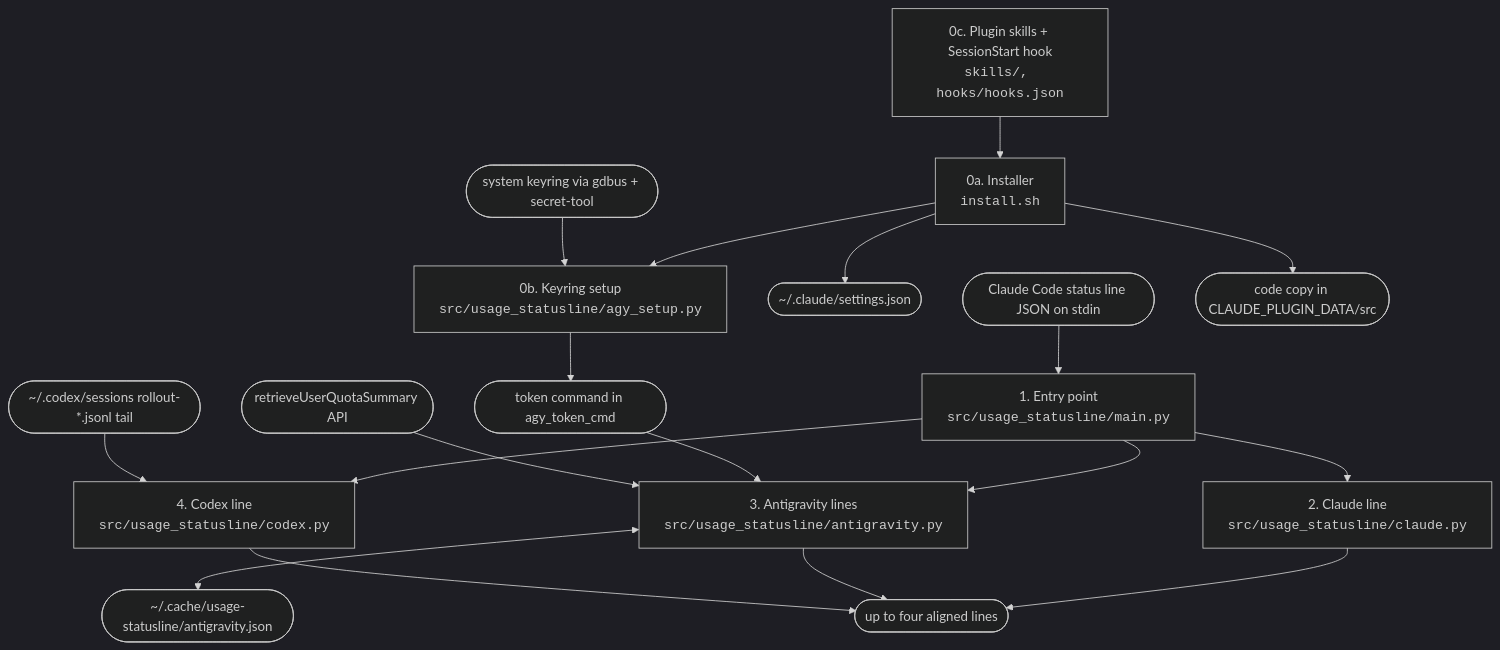
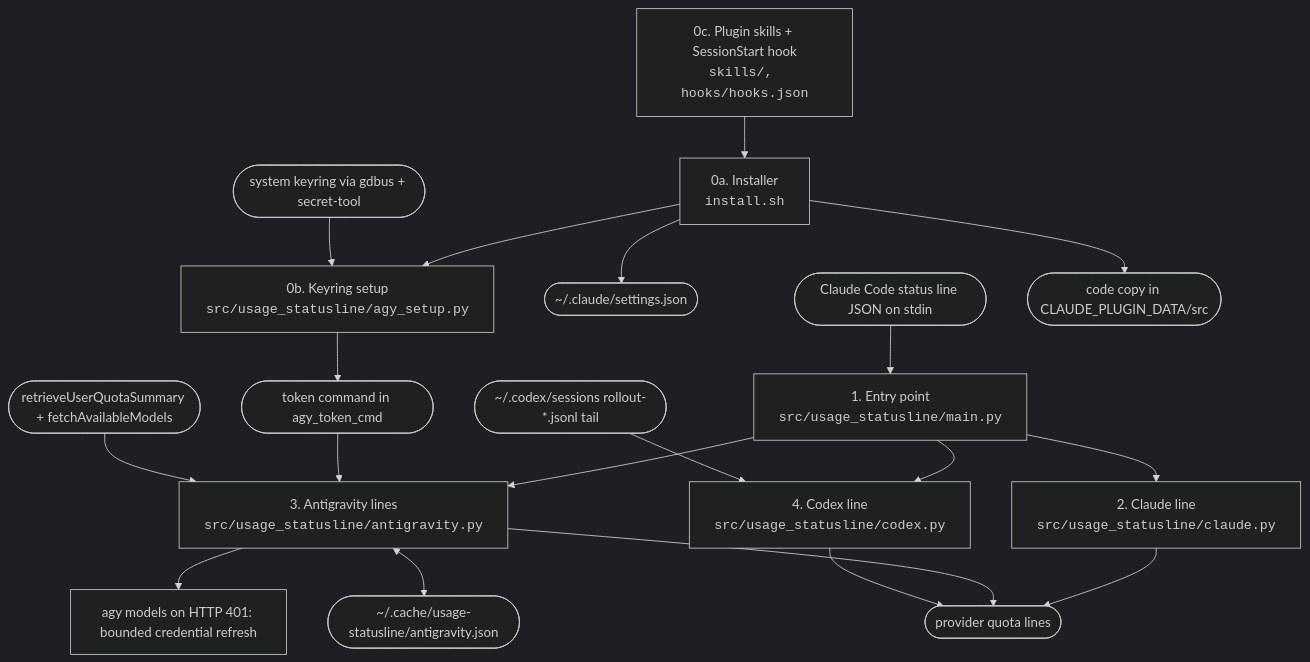
The first of 2 diagrams in docs/ARCHITECTURE.md (mlemes/quotaline), drawn with Mermaid (dark theme) before and after one commit. The commit also changed other lines of this file and 10 other files, not shown here.

````diff
--- a/docs/ARCHITECTURE.md
+++ b/docs/ARCHITECTURE.md
@@ -17,20 +27,21 @@
 ```mermaid
 flowchart TB
     cc([Claude Code status line JSON on stdin]) --> main["1. Entry point<br/><code>src/usage_statusline/main.py</code>"]
     main --> claude["2. Claude line<br/><code>src/usage_statusline/claude.py</code>"]
     main --> ag["3. Antigravity lines<br/><code>src/usage_statusline/antigravity.py</code>"]
     tok([token command in agy_token_cmd]) --> ag
-    api([retrieveUserQuotaSummary API]) --> ag
+    api([retrieveUserQuotaSummary + fetchAvailableModels]) --> ag
+    ag --> refresh["agy models on HTTP 401: bounded credential refresh"]
     ag <--> cache([~/.cache/usage-statusline/antigravity.json])
-    claude --> out([up to four aligned lines])
+    claude --> out([provider quota lines])
     ag --> out
     main --> codex["4. Codex line<br/><code>src/usage_statusline/codex.py</code>"]
     rollout([~/.codex/sessions rollout-*.jsonl tail]) --> codex
     codex --> out
     inst["0a. Installer<br/><code>install.sh</code>"] --> settings([~/.claude/settings.json])
     inst --> setup["0b. Keyring setup<br/><code>src/usage_statusline/agy_setup.py</code>"]
     keyring([system keyring via gdbus + secret-tool]) --> setup
     setup --> tok
     skill["0c. Plugin skills + SessionStart hook<br/><code>skills/, hooks/hooks.json</code>"] --> inst
     inst --> data([code copy in CLAUDE_PLUGIN_DATA/src])
 ```
````
